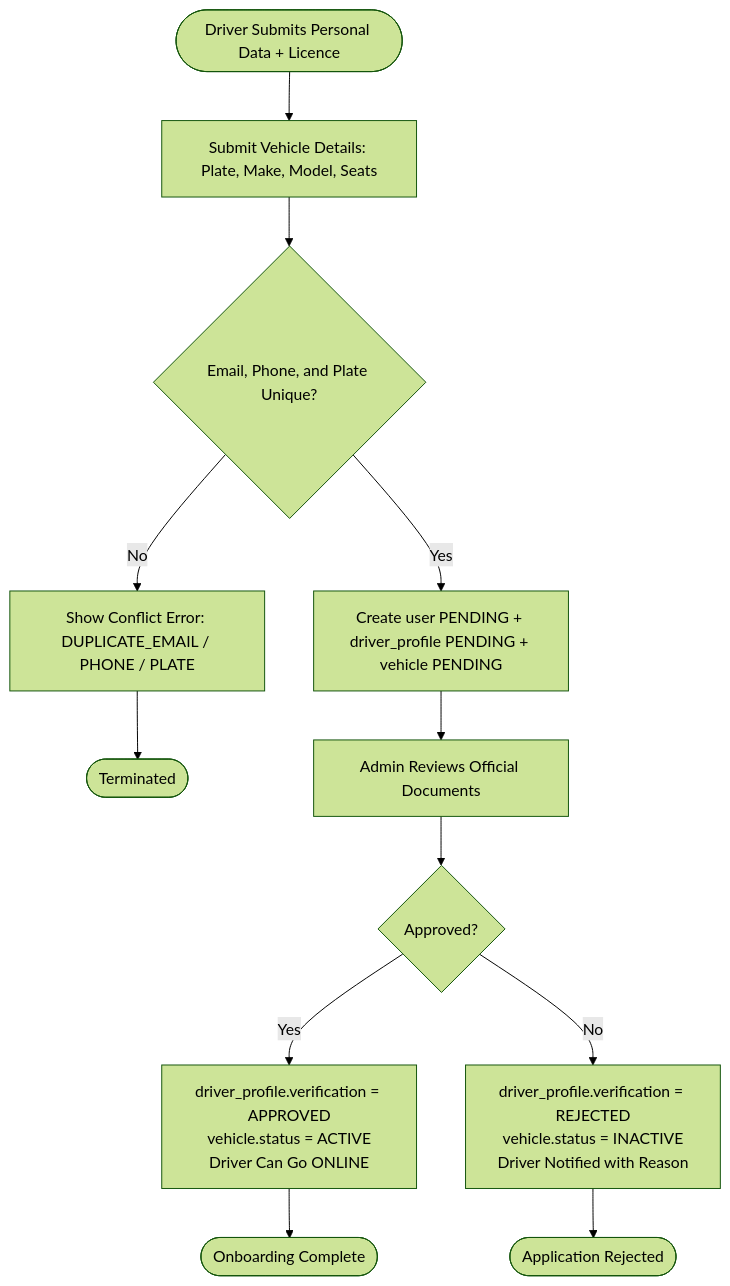
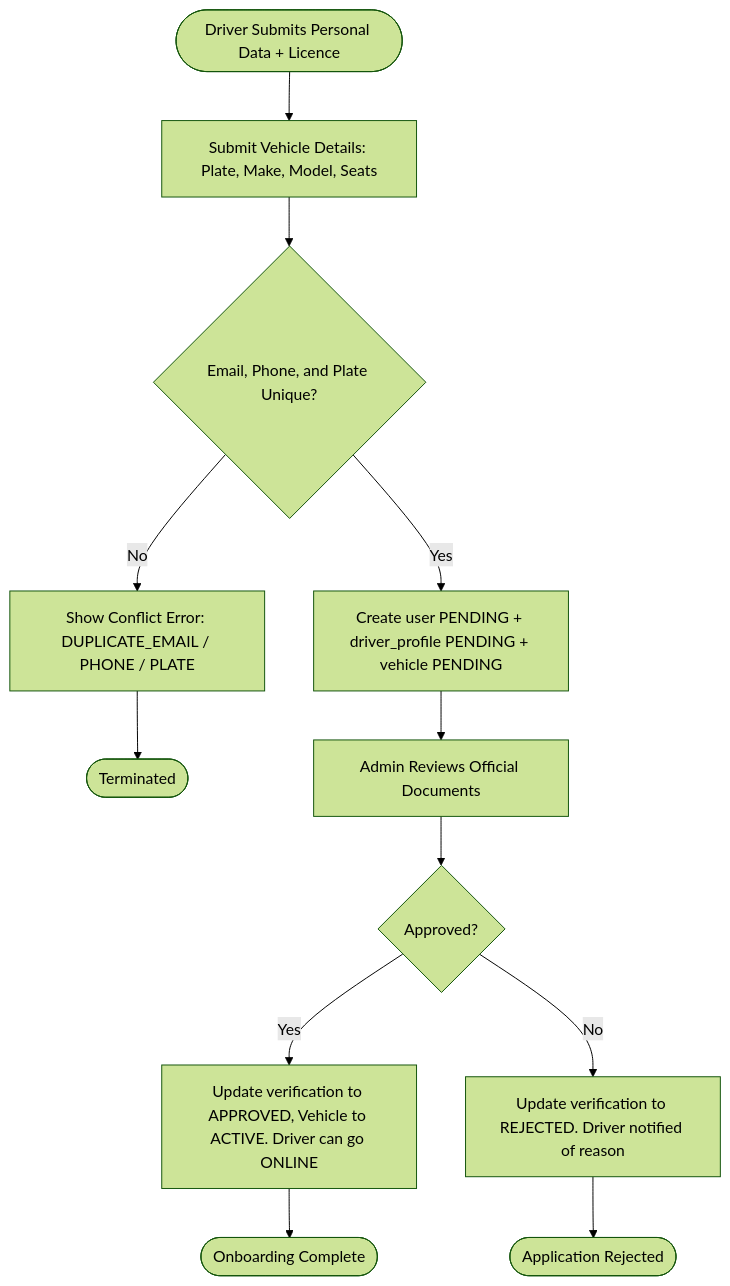
Diagram 14 of 17 in VIAME_PROJECT_SPECIFICATION.md (emmanueloyono-debug/ViaMe), drawn with Mermaid (forest theme) before and after one commit. The commit also changed other lines of this file and 1 other file, not shown here.

Commit message:
fix(docs): resolve Mermaid ERD and flowchart parser errors on GitHub

````diff
--- a/VIAME_PROJECT_SPECIFICATION.md
+++ b/VIAME_PROJECT_SPECIFICATION.md
@@ -717,14 +717,14 @@
 ```mermaid
 flowchart TD
-    Start([Driver Submits Personal Data + Licence]) --> SubVeh[Submit Vehicle Details: Plate, Make, Model, Seats]
-    SubVeh --> CheckUniq{Email, Phone, and Plate Unique?}
-    CheckUniq -- No --> ShowConflict[Show Conflict Error: DUPLICATE_EMAIL / PHONE / PLATE]
-    ShowConflict --> StopFail([Terminated])
-    CheckUniq -- Yes --> CreatePending[Create user PENDING + driver_profile PENDING + vehicle PENDING]
-    CreatePending --> AdminReview[Admin Reviews Official Documents]
-    AdminReview --> IsApproved{Approved?}
-    IsApproved -- Yes --> ApproveDriver[driver_profile.verification = APPROVED<br>vehicle.status = ACTIVE<br>Driver Can Go ONLINE]
-    ApproveDriver --> StopSuccess([Onboarding Complete])
-    IsApproved -- No --> RejectDriver[driver_profile.verification = REJECTED<br>vehicle.status = INACTIVE<br>Driver Notified with Reason]
-    RejectDriver --> StopReject([Application Rejected])
+    Start(["Driver Submits Personal Data + Licence"]) --> SubVeh["Submit Vehicle Details: Plate, Make, Model, Seats"]
+    SubVeh --> CheckUniq{"Email, Phone, and Plate Unique?"}
+    CheckUniq -- No --> ShowConflict["Show Conflict Error: DUPLICATE_EMAIL / PHONE / PLATE"]
+    ShowConflict --> StopFail(["Terminated"])
+    CheckUniq -- Yes --> CreatePending["Create user PENDING + driver_profile PENDING + vehicle PENDING"]
+    CreatePending --> AdminReview["Admin Reviews Official Documents"]
+    AdminReview --> IsApproved{"Approved?"}
+    IsApproved -- Yes --> ApproveDriver["Update verification to APPROVED, Vehicle to ACTIVE. Driver can go ONLINE"]
+    ApproveDriver --> StopSuccess(["Onboarding Complete"])
+    IsApproved -- No --> RejectDriver["Update verification to REJECTED. Driver notified of reason"]
+    RejectDriver --> StopReject(["Application Rejected"])
 ```
````
